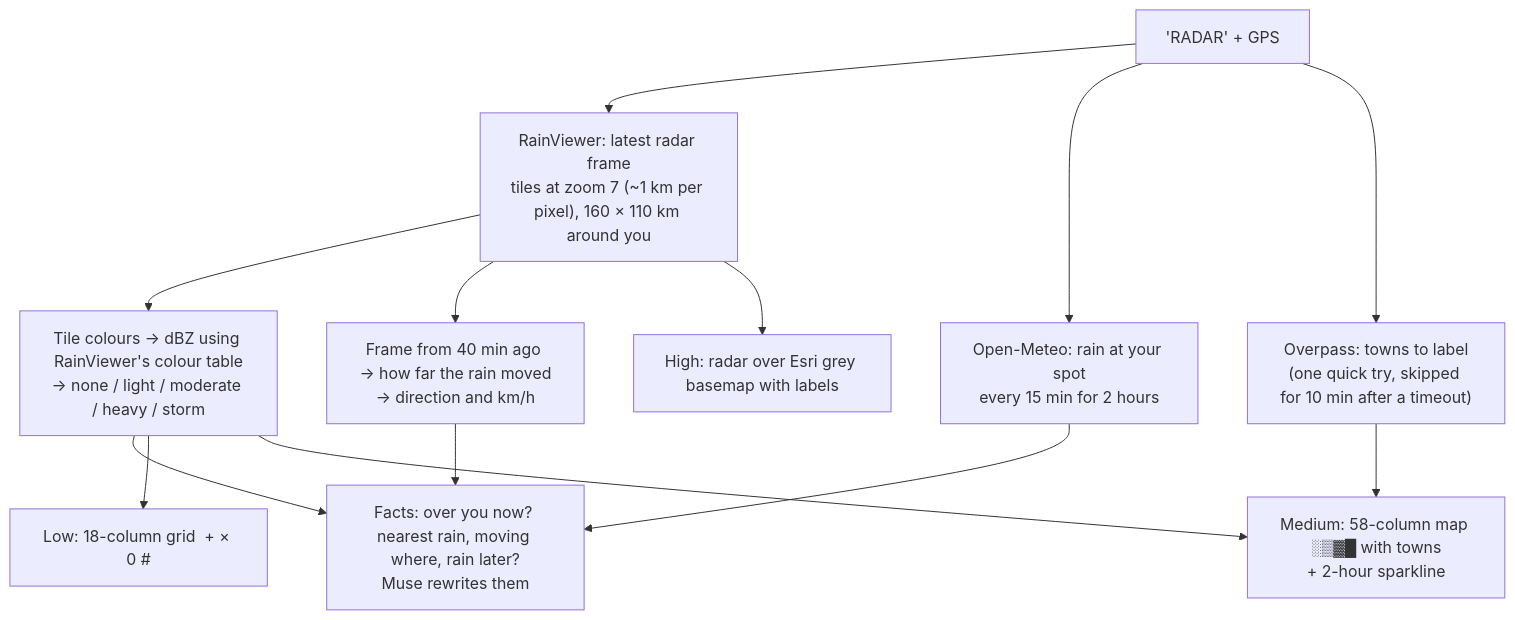
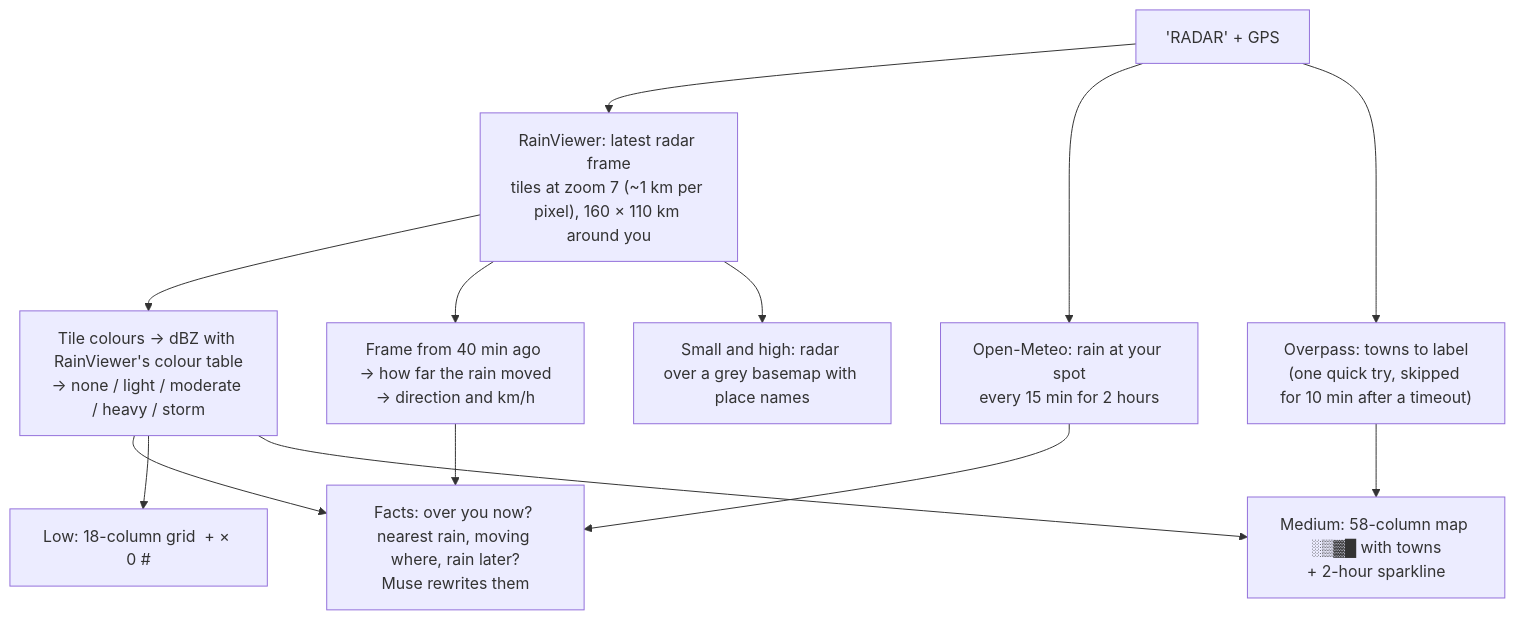
One commit to JacobOuyang/MapsImagesText changed the fifth of 7 diagrams in README.md. Above: the diagram before and after it, drawn with Mermaid. The commit also changed other lines of this file and 19 other files, not shown here.

````diff
--- a/README.md
+++ b/README.md
@@ -383,12 +548,12 @@
 ```mermaid
 flowchart TD
   A["'RADAR' + GPS"] --> B["RainViewer: latest radar frame<br/>tiles at zoom 7 (~1 km per pixel), 160 × 110 km around you"]
-  B --> C["Tile colours → dBZ using RainViewer's colour table<br/>→ none / light / moderate / heavy / storm"]
+  B --> C["Tile colours → dBZ with RainViewer's colour table<br/>→ none / light / moderate / heavy / storm"]
   B --> D["Frame from 40 min ago → how far the rain moved<br/>→ direction and km/h"]
   A --> E["Open-Meteo: rain at your spot<br/>every 15 min for 2 hours"]
   A --> F["Overpass: towns to label<br/>(one quick try, skipped for 10 min after a timeout)"]
   C & D & E --> G["Facts: over you now? nearest rain, moving where, rain later?<br/>Muse rewrites them"]
   C --> L["Low: 18-column grid  + × 0 #"]
   C & F --> M["Medium: 58-column map ░▒▓█ with towns<br/>+ 2-hour sparkline"]
-  B --> H["High: radar over Esri grey basemap with labels"]
+  B --> H["Small and high: radar over a grey basemap with place names"]
 ```
````
